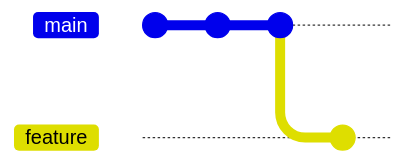
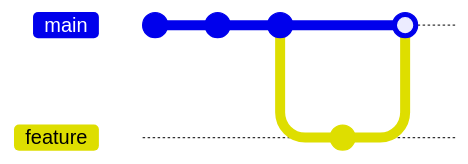
One commit to quattervals/ebc_instructions changed the third of 5 diagrams in README.md. Above: the diagram before and after it, drawn with Mermaid. The commit also changed other lines of this file, not shown here. Commit ids are hidden.

````diff
--- a/README.md
+++ b/README.md
@@ -186,8 +187,10 @@
 ```mermaid
 gitGraph
-    commit
-    commit
-    commit id: "Add agile_principles.md"
-    branch feature
-    commit id: "Add Principle 2"
+  commit
+  commit
+  commit id: "Add agile_principles.md"
+  branch feature
+  commit id: "Principle 2"
+  checkout main
+  merge feature
 ```
````
